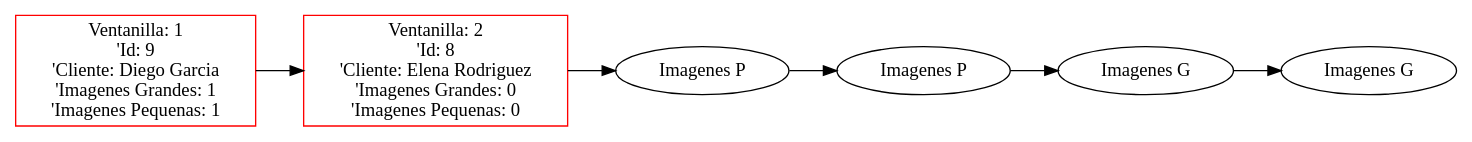
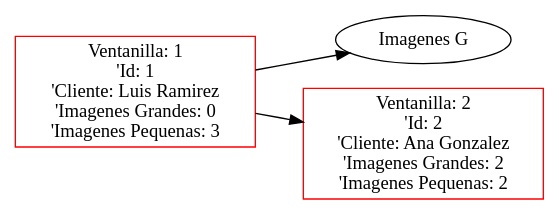
The diagram in Proyecto1/Proyecto1_202200089/Pruebas/PJ/Ventanilla.dot (FranklinONP/EDD_PROYECTO_202200089), drawn with Graphviz before and after one commit. The commit also changed 17 other files, not shown here.

```diff
--- a/Proyecto1/Proyecto1_202200089/Pruebas/PJ/Ventanilla.dot
+++ b/Proyecto1/Proyecto1_202200089/Pruebas/PJ/Ventanilla.dot
@@ -1,14 +1,8 @@
  digraph G {
  rankdir=LR;
- node0 [label="Ventanilla: 1\n'Id: 9\n'Cliente: Diego Garcia\n'Imagenes Grandes: 1\n'Imagenes Pequenas: 1", color="red", shape="rectangle"];
- node1 [label="Ventanilla: 2\n'Id: 8\n'Cliente: Elena Rodriguez\n'Imagenes Grandes: 0\n'Imagenes Pequenas: 0", color="red", shape="rectangle"];
- element10 [label="Imagenes P", shape="ellipse"];
- node1 -> element10 [dir="forward"];
- element10 -> element11 [dir="forward"];
- element11 [label="Imagenes P", shape="ellipse"];
- element11 -> element12 [dir="forward"];
- element12 [label="Imagenes G", shape="ellipse"];
- element12 -> element13 [dir="forward"];
- element13 [label="Imagenes G", shape="ellipse"];
+ node0 [label="Ventanilla: 1\n'Id: 1\n'Cliente: Luis Ramirez\n'Imagenes Grandes: 0\n'Imagenes Pequenas: 3", color="red", shape="rectangle"];
+ element00 [label="Imagenes G", shape="ellipse"];
+ node0 -> element00 [dir="forward"];
+ node1 [label="Ventanilla: 2\n'Id: 2\n'Cliente: Ana Gonzalez\n'Imagenes Grandes: 2\n'Imagenes Pequenas: 2", color="red", shape="rectangle"];
  node0 -> node1 [dir="forward"];
  }
```
